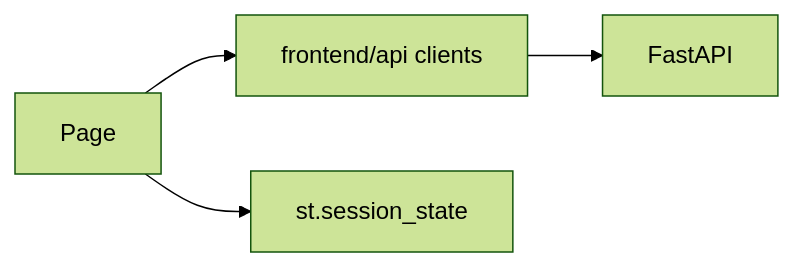
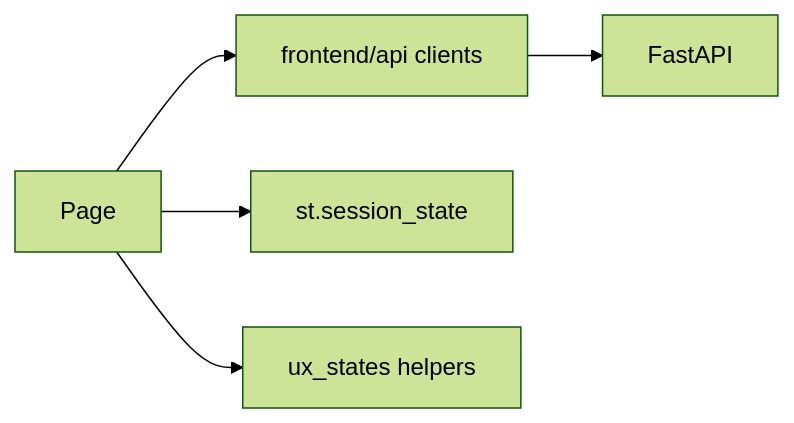
One commit to amnanadeem08-commits/ai-analytics-saas-mvp changed the diagram in documentation/11_frontend/README.md. Above: the diagram before and after it, drawn with Mermaid (forest theme). The commit also changed other lines of this file and 51 other files, not shown here.

````diff
--- a/documentation/11_frontend/README.md
+++ b/documentation/11_frontend/README.md
@@ -45,6 +50,7 @@
 ```mermaid
 flowchart LR
   Page --> Client[frontend/api clients]
   Client --> FastAPI
   Page --> Session[st.session_state]
+  Page --> UX[ux_states helpers]
 ```
````
